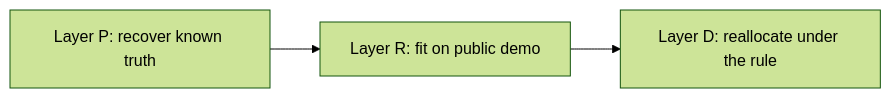
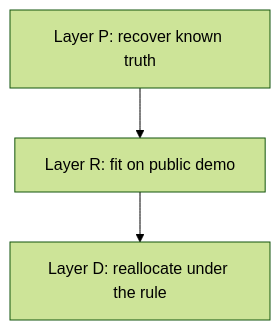
One commit to RafaelBraga-Kribitz/austrian-mmm-budget-optimizer changed the diagram in README.md. Above: the diagram before and after it, drawn with Mermaid (forest theme).

Commit message:
README: render the architecture diagram top-down so it fits GitHub's column
GitHub renders a Mermaid block in a fixed-width box inside the README column: 783px at
a 1240px viewport, 838px at its widest, 309px on a phone. A wider graph is not clipped,
it is shrunk, and the node labels shrink with it.

Measured with Mermaid 11 at 783px: this diagram is 892px in LR (scale 0.88) and 276px in
TD (full size). Direction is the only change — no node, edge, label or link is touched.

TD is not universally narrower: it runs the flow vertically but lays sibling subgraphs
out side by side, so a graph with several parallel subgraphs can be wider in TD than in
LR. This one was measured both ways.

````diff
--- a/README.md
+++ b/README.md
@@ -123,5 +123,5 @@
 ```mermaid
-flowchart LR
+flowchart TD
   P["Layer P: recover known truth"] --> R["Layer R: fit on public demo"]
   R --> D["Layer D: reallocate under the rule"]
 ```
````
